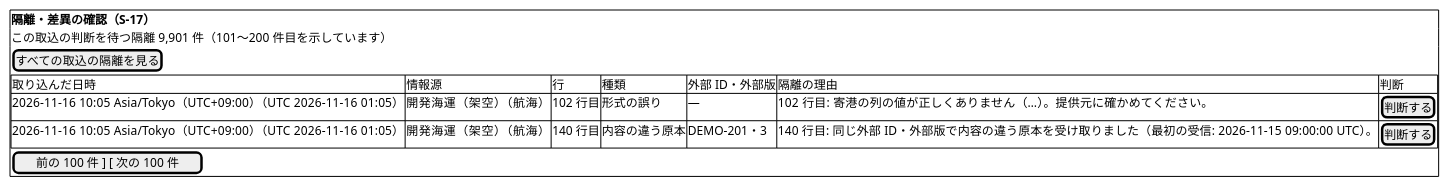
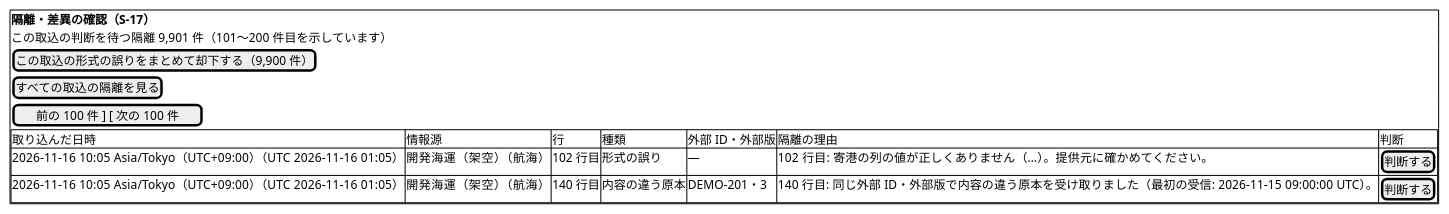
Before and after one commit to k2works/practical-domain-driven-design-in-enterpris-application: diagram 54 of 58 in docs/design/cargo-tracker/ui_design.md, drawn with PlantUML. The commit also changed other lines of this file and 9 other files, not shown here.

````diff
--- a/docs/design/cargo-tracker/ui_design.md
+++ b/docs/design/cargo-tracker/ui_design.md
@@ -1940,15 +1950,16 @@
 ```plantuml
 @startsalt
 {+
   <b>隔離・差異の確認（S-17）
   この取込の判断を待つ隔離 9,901 件（101〜200 件目を示しています）
+  [ この取込の形式の誤りをまとめて却下する（9,900 件） ]
   [ すべての取込の隔離を見る ]
+  [ 前の 100 件 ] [ 次の 100 件 ]
   {#
     取り込んだ日時 | 情報源 | 行 | 種類 | 外部 ID・外部版 | 隔離の理由 | 判断
     2026-11-16 10:05 Asia/Tokyo（UTC+09:00）（UTC 2026-11-16 01:05） | 開発海運（架空）（航海） | 102 行目 | 形式の誤り | — | 102 行目: 寄港の列の値が正しくありません（…）。提供元に確かめてください。 | [ 判断する ]
     2026-11-16 10:05 Asia/Tokyo（UTC+09:00）（UTC 2026-11-16 01:05） | 開発海運（架空）（航海） | 140 行目 | 内容の違う原本 | DEMO-201・3 | 140 行目: 同じ外部 ID・外部版で内容の違う原本を受け取りました（最初の受信: 2026-11-15 09:00:00 UTC）。 | [ 判断する ]
   }
-  [ 前の 100 件 ] [ 次の 100 件 ]
 }
 @endsalt
 ```
````
